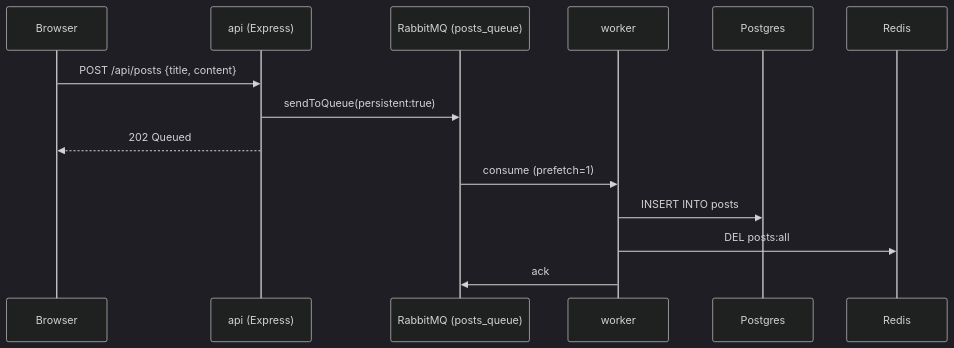
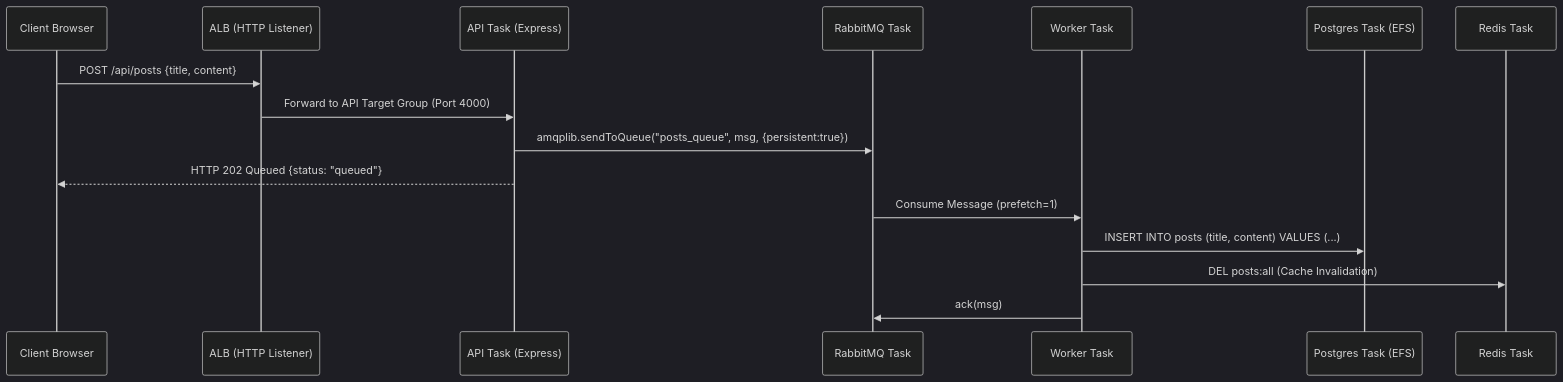
One commit to AmreetPoudel/order-platform changed the first of 2 diagrams in architecture.md. Above: the diagram before and after it, drawn with Mermaid (dark theme). The commit also changed other lines of this file and 1 other file, not shown here.

Commit message:
readme and architecture for ecs farget implementation

````diff
--- a/architecture.md
+++ b/architecture.md
@@ -32,17 +74,19 @@
 ```mermaid
 sequenceDiagram
-    participant U as Browser
-    participant A as api (Express)
-    participant Q as RabbitMQ (posts_queue)
-    participant W as worker
-    participant P as Postgres
-    participant R as Redis
+    participant U as Client Browser
+    participant L as ALB (HTTP Listener)
+    participant A as API Task (Express)
+    participant Q as RabbitMQ Task
+    participant W as Worker Task
+    participant P as Postgres Task (EFS)
+    participant R as Redis Task
 
-    U->>A: POST /api/posts {title, content}
-    A->>Q: sendToQueue(persistent:true)
-    A-->>U: 202 Queued
-    Q->>W: consume (prefetch=1)
-    W->>P: INSERT INTO posts
-    W->>R: DEL posts:all
-    W->>Q: ack
+    U->>L: POST /api/posts {title, content}
+    L->>A: Forward to API Target Group (Port 4000)
+    A->>Q: amqplib.sendToQueue("posts_queue", msg, {persistent:true})
+    A-->>U: HTTP 202 Queued {status: "queued"}
+    Q->>W: Consume Message (prefetch=1)
+    W->>P: INSERT INTO posts (title, content) VALUES (...)
+    W->>R: DEL posts:all (Cache Invalidation)
+    W->>Q: ack(msg)
 ```
````
